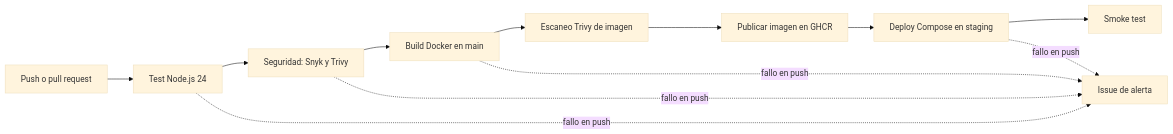
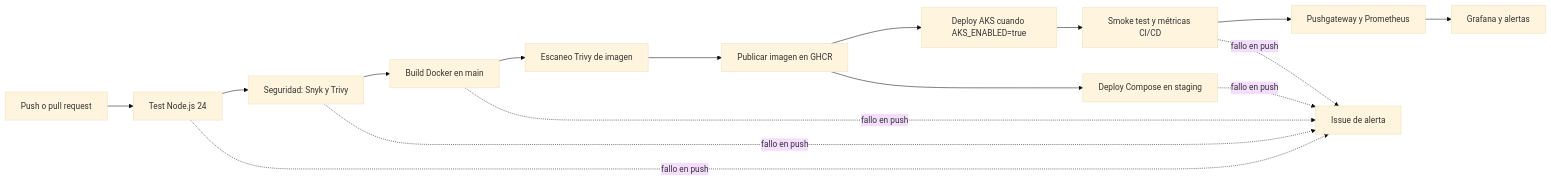
The diagram in README.md (kaYv-1/devops_007d_ols), drawn with Mermaid (base theme) before and after one commit. The commit also changed other lines of this file and 5 other files, not shown here.

````diff
--- a/README.md
+++ b/README.md
@@ -20,14 +20,18 @@
 ```mermaid
 flowchart LR
     A[Push o pull request] --> B[Test Node.js 24]
     B --> C[Seguridad: Snyk y Trivy]
     C --> D[Build Docker en main]
     D --> E[Escaneo Trivy de imagen]
     E --> F[Publicar imagen en GHCR]
     F --> G[Deploy Compose en staging]
-    G --> H[Smoke test]
-    B -. fallo en push .-> I[Issue de alerta]
-    C -. fallo en push .-> I
-    D -. fallo en push .-> I
-    G -. fallo en push .-> I
+    F --> I[Deploy AKS cuando AKS_ENABLED=true]
+    I --> J[Smoke test y métricas CI/CD]
+    J --> K[Pushgateway y Prometheus]
+    K --> L[Grafana y alertas]
+    B -. fallo en push .-> N[Issue de alerta]
+    C -. fallo en push .-> N
+    D -. fallo en push .-> N
+    G -. fallo en push .-> N
+    J -. fallo en push .-> N
 ```
````
